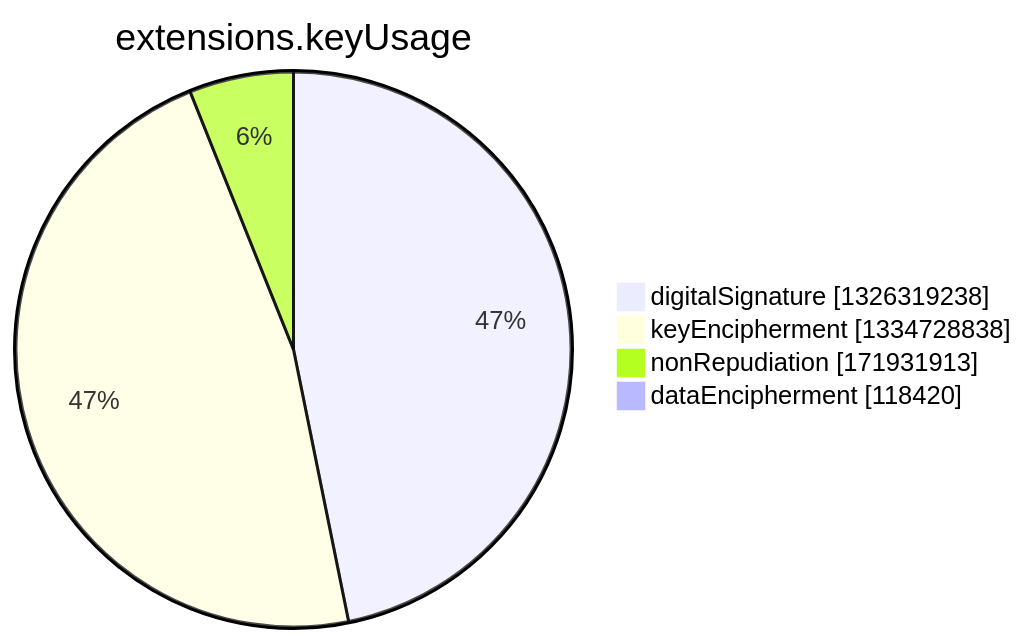
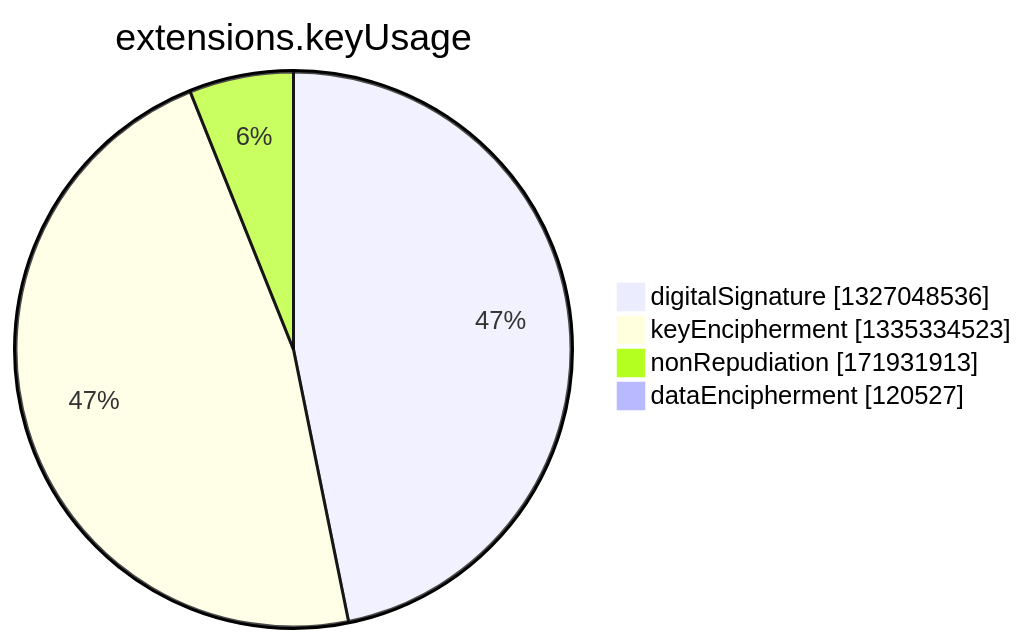
One commit to christiankrug/ctmonitor_visualization changed the seventh of 15 diagrams in argon2022/README.md. Above: the diagram before and after it, drawn with Mermaid. The commit also changed other lines of this file, not shown here.

````diff
--- a/argon2022/README.md
+++ b/argon2022/README.md
@@ -2750,8 +2750,8 @@
 ```mermaid
 pie showData
 title extensions.keyUsage
-"digitalSignature" :1326319238
-"keyEncipherment" :1334728838
+"digitalSignature" :1327048536
+"keyEncipherment" :1335334523
 "nonRepudiation" :171931913
-"dataEncipherment" :118420
+"dataEncipherment" :120527
 ```
````
